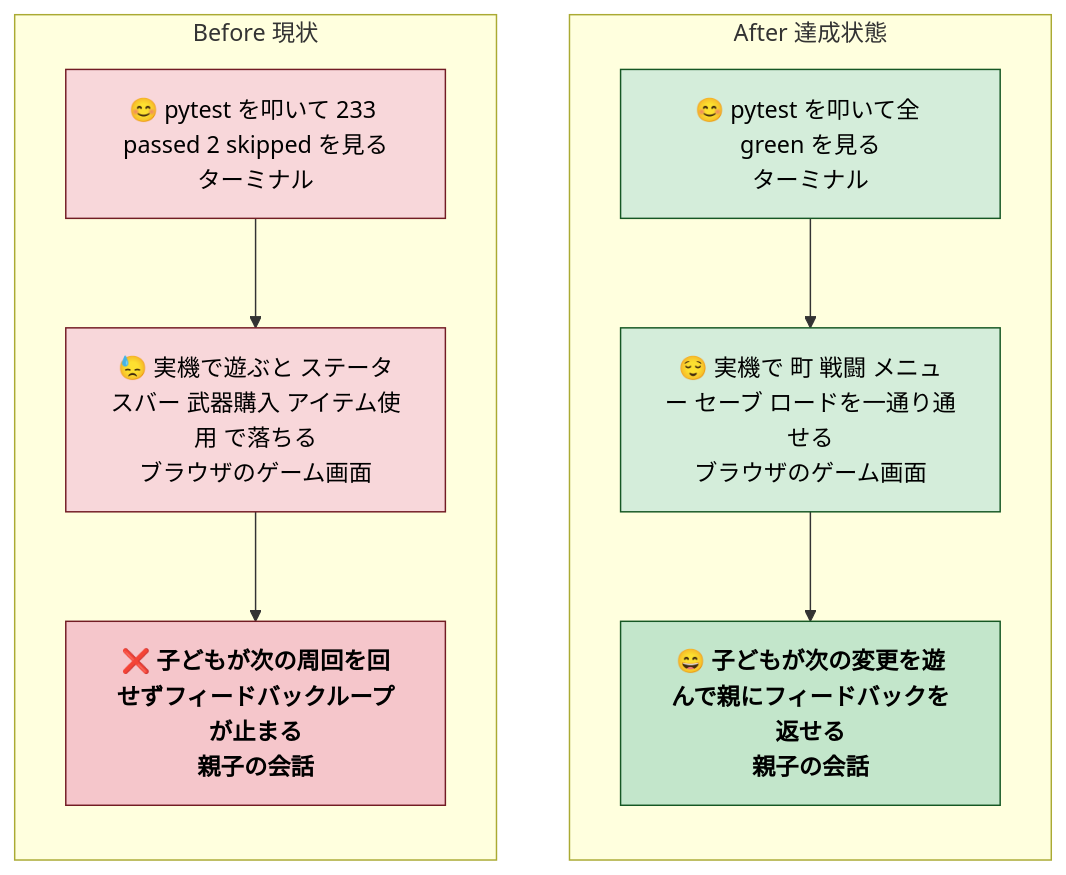
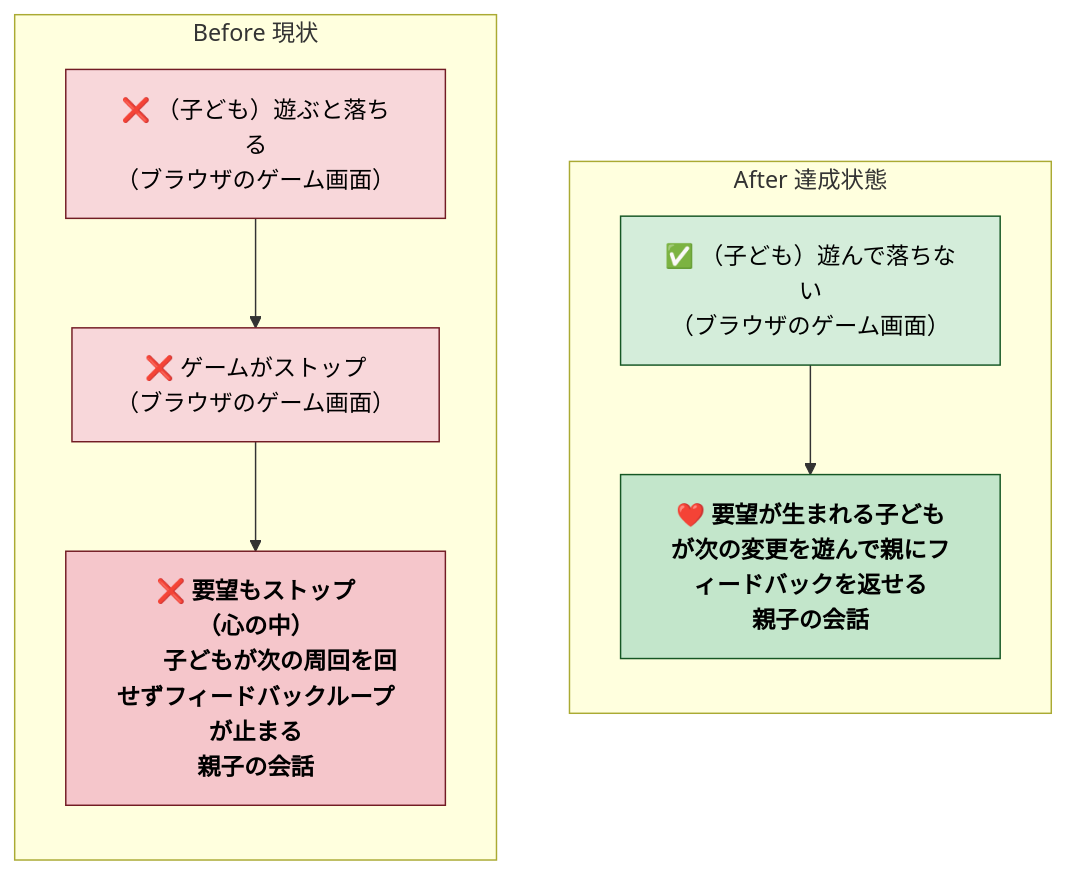
The first of 8 diagrams in steering/20260425-tests-that-prevent-runtime-crashes.md (tatsuro-ueda/code-quest-pyxel), drawn with Mermaid before and after one commit. The commit also changed other lines of this file and 4 other files, not shown here.

````diff
--- a/steering/20260425-tests-that-prevent-runtime-crashes.md
+++ b/steering/20260425-tests-that-prevent-runtime-crashes.md
@@ -34,24 +34,24 @@
 ```mermaid
 flowchart LR
     subgraph BEFORE[Before 現状]
         direction TB
-        B1[😊 pytest を叩いて 233 passed 2 skipped を見る<br>ターミナル]
-        B1 --> B2[😓 実機で遊ぶと ステータスバー 武器購入 アイテム使用 で落ちる<br>ブラウザのゲーム画面]
-        B2 --> B_END[❌ 子どもが次の周回を回せずフィードバックループが止まる<br>親子の会話]
+        B1[❌ （子ども）遊ぶと落ちる<br>（ブラウザのゲーム画面）]
+        B1 --> B2[❌ ゲームがストップ<br>（ブラウザのゲーム画面）]
+        B2 --> B_END[❌ 要望もストップ<br>（心の中）
+        子どもが次の周回を回せずフィードバックループが止まる<br>親子の会話]
     end
     subgraph AFTER[After 達成状態]
         direction TB
-        A1[😊 pytest を叩いて全 green を見る<br>ターミナル]
-        A1 --> A2[😌 実機で 町 戦闘 メニュー セーブ ロードを一通り通せる<br>ブラウザのゲーム画面]
-        A2 --> A_END[😄 子どもが次の変更を遊んで親にフィードバックを返せる<br>親子の会話]
+        A2[✅ （子ども）遊んで落ちない<br>（ブラウザのゲーム画面）]
+        A2 --> A_END[❤️ 要望が生まれる子どもが次の変更を遊んで親にフィードバックを返せる<br>親子の会話]
     end
     BEFORE ~~~ AFTER
     classDef oldStyle fill:#f8d7da,stroke:#721c24,color:#000000;
     classDef newStyle fill:#d4edda,stroke:#155724,color:#000000;
     classDef endOld fill:#f5c6cb,stroke:#721c24,color:#000000,font-weight:bold;
     classDef endNew fill:#c3e6cb,stroke:#155724,color:#000000,font-weight:bold;
     class B1,B2 oldStyle;
     class A1,A2 newStyle;
     class B_END endOld;
     class A_END endNew;
 ```
````
